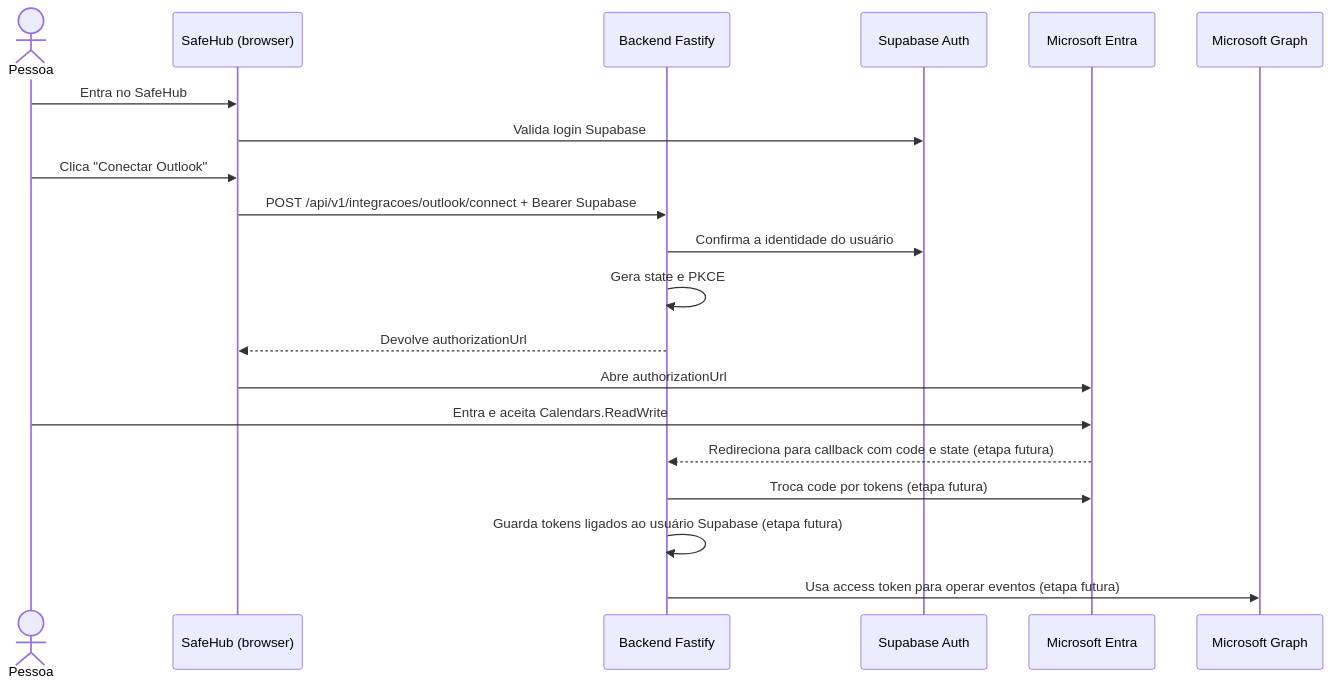
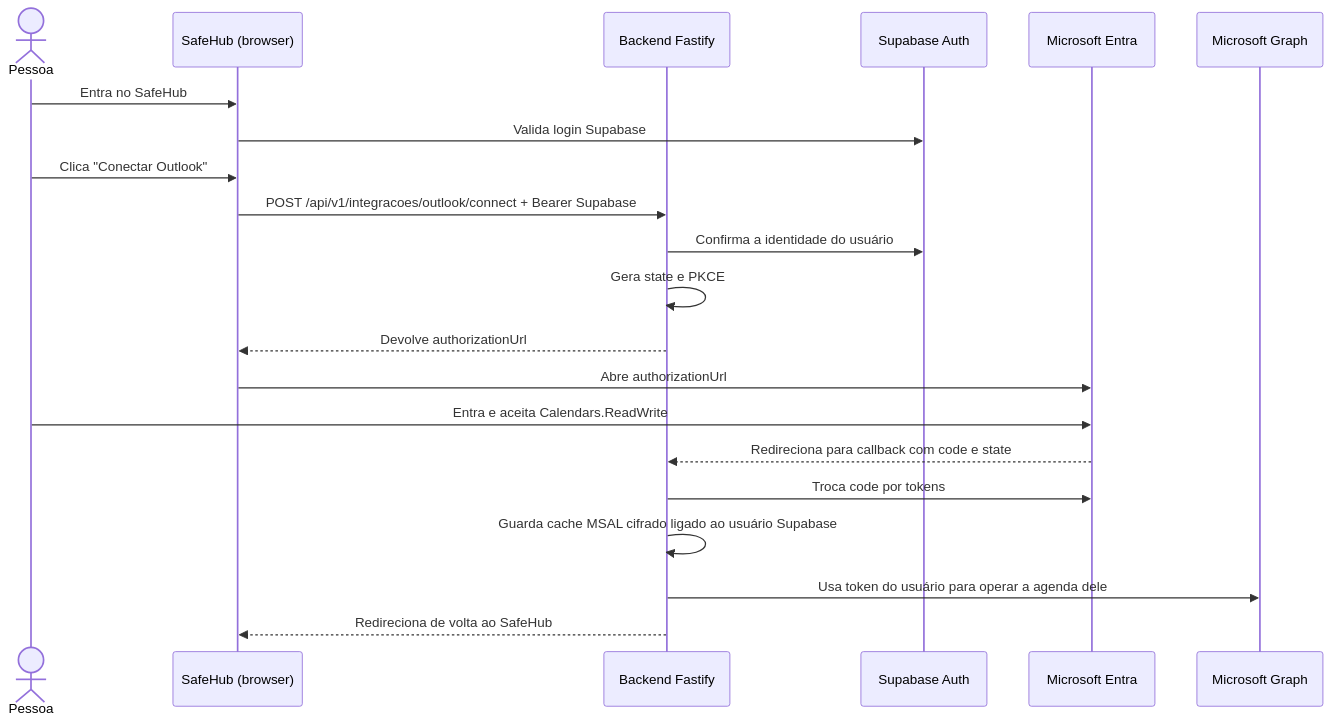
Before and after one commit to Gabriel-Enrico/SafeHub: the diagram in docs/guia-conectar-outlook.md, drawn with Mermaid. The commit also changed other lines of this file and 30 other files, not shown here.

````diff
--- a/docs/guia-conectar-outlook.md
+++ b/docs/guia-conectar-outlook.md
@@ -35,23 +35,24 @@
 ```mermaid
 sequenceDiagram
     actor Pessoa
     participant Front as SafeHub (browser)
     participant API as Backend Fastify
     participant Supa as Supabase Auth
     participant MS as Microsoft Entra
     participant Graph as Microsoft Graph
 
     Pessoa->>Front: Entra no SafeHub
     Front->>Supa: Valida login Supabase
     Pessoa->>Front: Clica "Conectar Outlook"
     Front->>API: POST /api/v1/integracoes/outlook/connect + Bearer Supabase
     API->>Supa: Confirma a identidade do usuário
     API->>API: Gera state e PKCE
     API-->>Front: Devolve authorizationUrl
     Front->>MS: Abre authorizationUrl
     Pessoa->>MS: Entra e aceita Calendars.ReadWrite
-    MS-->>API: Redireciona para callback com code e state (etapa futura)
-    API->>MS: Troca code por tokens (etapa futura)
-    API->>API: Guarda tokens ligados ao usuário Supabase (etapa futura)
-    API->>Graph: Usa access token para operar eventos (etapa futura)
+    MS-->>API: Redireciona para callback com code e state
+    API->>MS: Troca code por tokens
+    API->>API: Guarda cache MSAL cifrado ligado ao usuário Supabase
+    API->>Graph: Usa token do usuário para operar a agenda dele
+    API-->>Front: Redireciona de volta ao SafeHub
 ```
````
